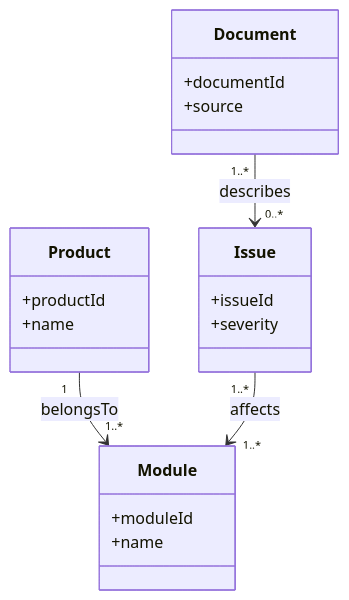
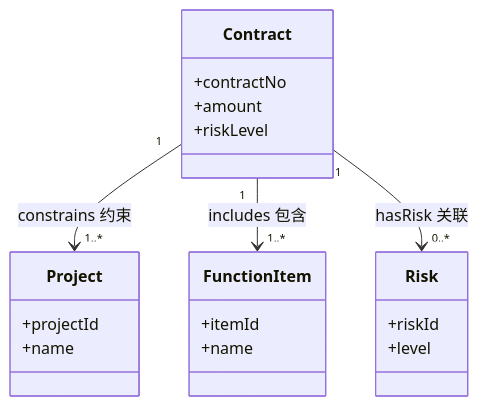
One commit to sealzrt/2026-08--agent changed the second of 3 diagrams in 本体论-agent/01-概念基础/04.类实例属性关系和约束.md. Above: the diagram before and after it, drawn with Mermaid. The commit also changed other lines of this file and 62 other files, not shown here.

````diff
--- a/本体论-agent/01-概念基础/04.类实例属性关系和约束.md
+++ b/本体论-agent/01-概念基础/04.类实例属性关系和约束.md
@@ -11,22 +36,23 @@
 ```mermaid
 classDiagram
-    class Product {
-        +productId
+    class Contract {
+        +contractNo
+        +amount
+        +riskLevel
+    }
+    class Project {
+        +projectId
         +name
     }
-    class Module {
-        +moduleId
+    class FunctionItem {
+        +itemId
         +name
     }
-    class Issue {
-        +issueId
-        +severity
+    class Risk {
+        +riskId
+        +level
     }
-    class Document {
-        +documentId
-        +source
-    }
-    Product "1" --> "1..*" Module : belongsTo
-    Issue "1..*" --> "1..*" Module : affects
-    Document "1..*" --> "0..*" Issue : describes
+    Contract "1" --> "1..*" Project : constrains 约束
+    Contract "1" --> "1..*" FunctionItem : includes 包含
+    Contract "1" --> "0..*" Risk : hasRisk 关联
 ```
````
